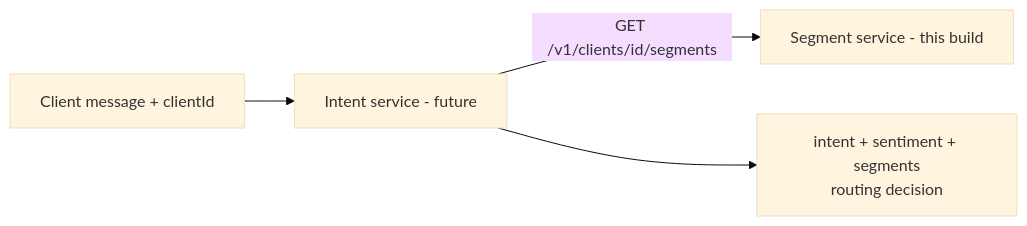
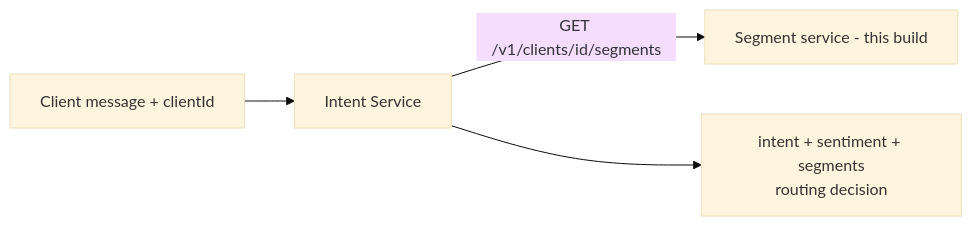
One commit to JustinGarvida/vanguard-css changed the fourth of 4 diagrams in docs/03-service-design.md. Above: the diagram before and after it, drawn with Mermaid (base theme). The commit also changed other lines of this file and 5 other files, not shown here.

First line of the commit message:
docs: revised architecture (intent service wired in, no repositories, ingest script) (#9)

````diff
--- a/docs/03-service-design.md
+++ b/docs/03-service-design.md
@@ -851,6 +868,6 @@
 ```mermaid
 flowchart LR
-    MSG[Client message + clientId] --> INT[Intent service - future]
+    MSG[Client message + clientId] --> INT[Intent Service]
     INT -->|GET /v1/clients/id/segments| CSS[Segment service - this build]
     INT --> OUT[intent + sentiment + segments<br/>routing decision]
 ```
````
